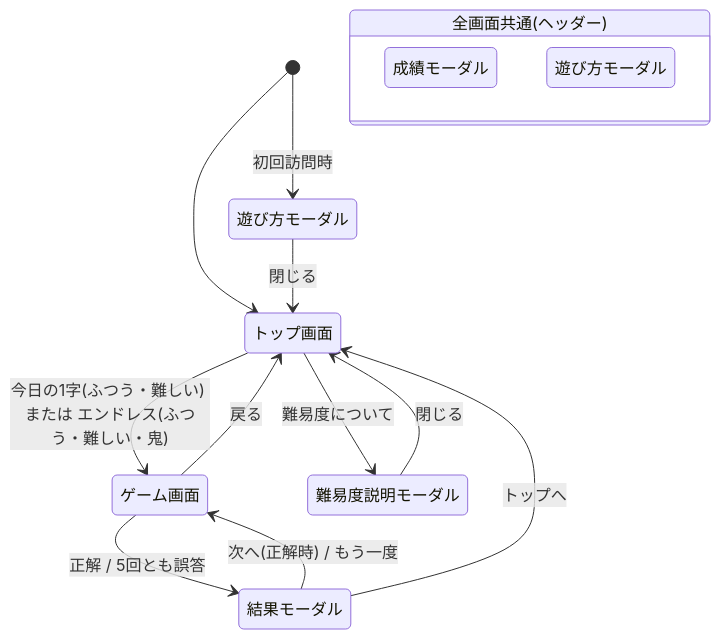
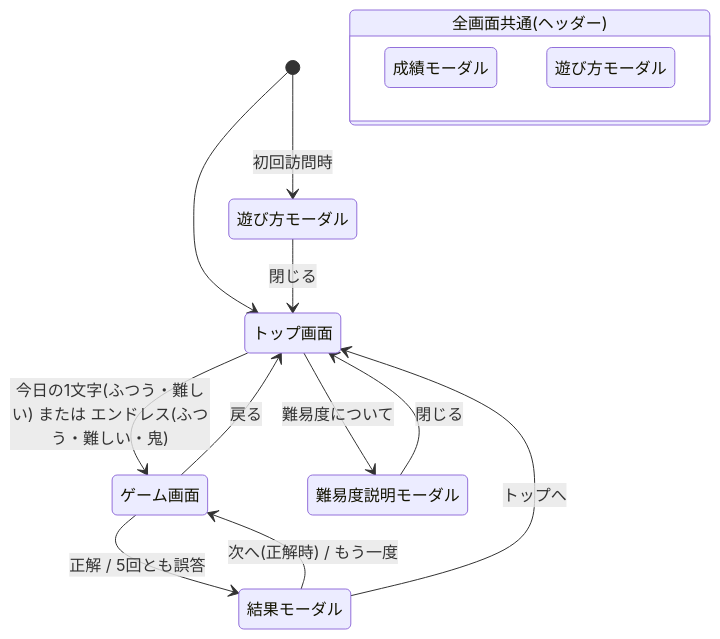
Before and after one commit to ur0o/nazotte-kanji: the diagram in specification/02-ui-and-screens.md, drawn with Mermaid. The commit also changed other lines of this file and 13 other files, not shown here.

````diff
--- a/specification/02-ui-and-screens.md
+++ b/specification/02-ui-and-screens.md
@@ -104,26 +104,26 @@
 ```mermaid
 stateDiagram-v2
     [*] --> Top
     [*] --> HowTo: 初回訪問時
     HowTo --> Top: 閉じる
 
-    Top --> Game: 今日の1字(ふつう・難しい) または エンドレス(ふつう・難しい・鬼)
+    Top --> Game: 今日の1文字(ふつう・難しい) または エンドレス(ふつう・難しい・鬼)
     Top --> DifficultyHelp: 難易度について
     DifficultyHelp --> Top: 閉じる
 
     Game --> Result: 正解 / 5回とも誤答
     Result --> Game: 次へ(正解時) / もう一度
     Result --> Top: トップへ
     Game --> Top: 戻る
 
     state "全画面共通(ヘッダー)" as Common {
         Stats: 成績モーダル
         HowTo2: 遊び方モーダル
     }
 
     Top: トップ画面
     Game: ゲーム画面
     Result: 結果モーダル
     HowTo: 遊び方モーダル
     DifficultyHelp: 難易度説明モーダル
 ```
````
